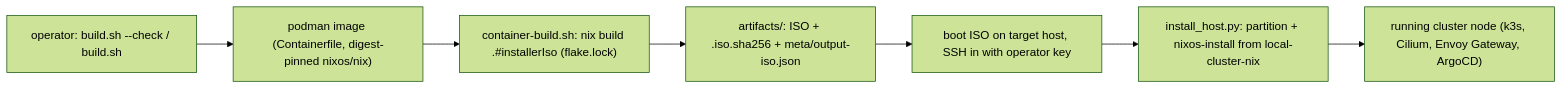
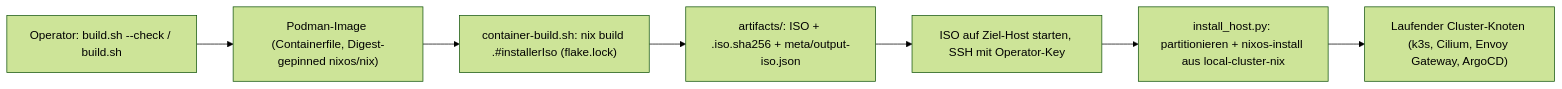
One commit to rowBeeX/cluster-iso-builder changed the diagram in README.md. Above: the diagram before and after it, drawn with Mermaid (forest theme). The commit also changed other lines of this file and 2 other files, not shown here.

First line of the commit message:
Legacy entfernen, Umgebungsbenennung streichen, Kommentare auf IT-Deutsch

````diff
--- a/README.md
+++ b/README.md
@@ -39,9 +41,9 @@
 ```mermaid
 flowchart LR
-  op["operator: build.sh --check / build.sh"] --> img["podman image (Containerfile, digest-pinned nixos/nix)"]
+  op["Operator: build.sh --check / build.sh"] --> img["Podman-Image (Containerfile, Digest-gepinned nixos/nix)"]
   img --> build["container-build.sh: nix build .#installerIso (flake.lock)"]
   build --> art["artifacts/: ISO + .iso.sha256 + meta/output-iso.json"]
-  art --> boot["boot ISO on target host, SSH in with operator key"]
-  boot --> install["install_host.py: partition + nixos-install from local-cluster-nix"]
-  install --> node["running cluster node (k3s, Cilium, Envoy Gateway, ArgoCD)"]
+  art --> boot["ISO auf Ziel-Host starten, SSH mit Operator-Key"]
+  boot --> install["install_host.py: partitionieren + nixos-install aus local-cluster-nix"]
+  install --> node["Laufender Cluster-Knoten (k3s, Cilium, Envoy Gateway, ArgoCD)"]
 ```
````
